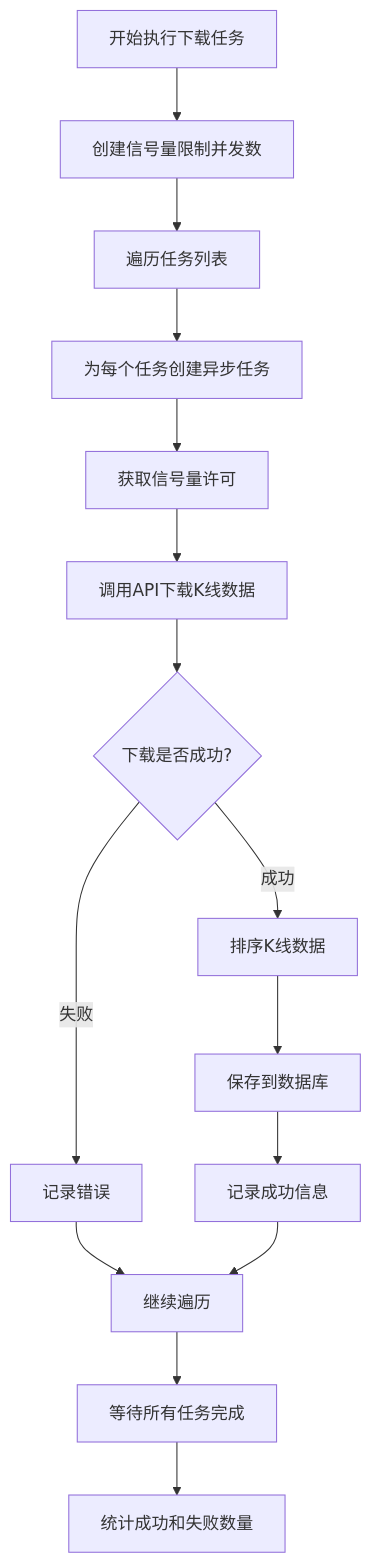
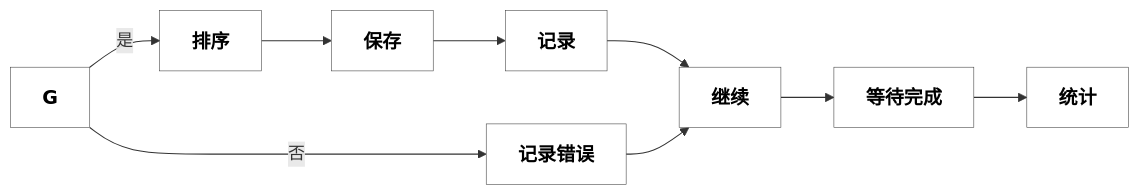
The tenth of 16 diagrams in docs/kline_data_download_flow.md (workkkfor2012/BinanceCryptoKline), drawn with Mermaid before and after one commit. The commit also changed other lines of this file and 49 other files, not shown here.

````diff
--- a/docs/kline_data_download_flow.md
+++ b/docs/kline_data_download_flow.md
@@ -160,17 +185,11 @@
 ```mermaid
-flowchart TD
-    A[开始执行下载任务] --> B[创建信号量限制并发数]
-    B --> C[遍历任务列表]
-    C --> D[为每个任务创建异步任务]
-    D --> E[获取信号量许可]
-    E --> F[调用API下载K线数据]
-    F --> G{下载是否成功?}
-    G -->|成功| H[排序K线数据]
-    G -->|失败| I[记录错误]
-    H --> J[保存到数据库]
-    J --> K[记录成功信息]
-    I --> L[继续遍历]
-    K --> L
-    L --> M[等待所有任务完成]
-    M --> N[统计成功和失败数量]
+flowchart LR
+    G-->|是|H[排序]-->J[保存]-->K[记录]-->L[继续]
+    G-->|否|I[记录错误]-->L
+    L-->M[等待完成]-->N[统计]
+
+    %% 设置所有节点样式
+    classDef nodeStyle fill:#ffffff,stroke:#333,color:black,font-weight:bold,font-size:18px
+    class G,H,I,J,K,L,M,N nodeStyle
+    classDef default fill:#f9f9f9,stroke:#333,stroke-width:0.5px;
 ```
````
